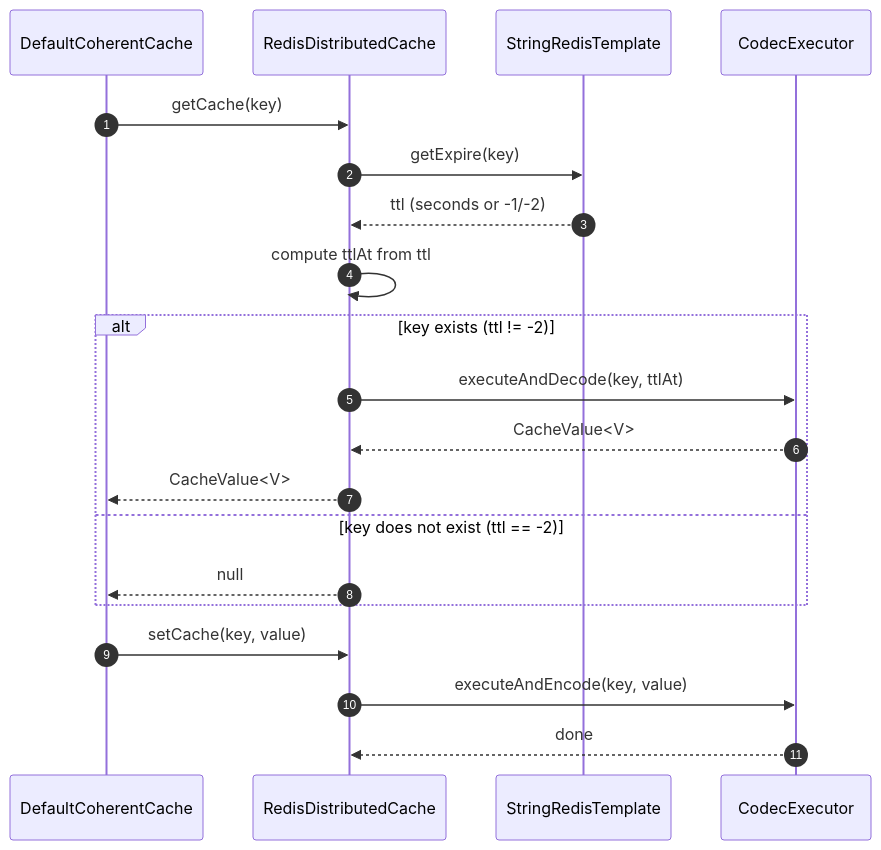
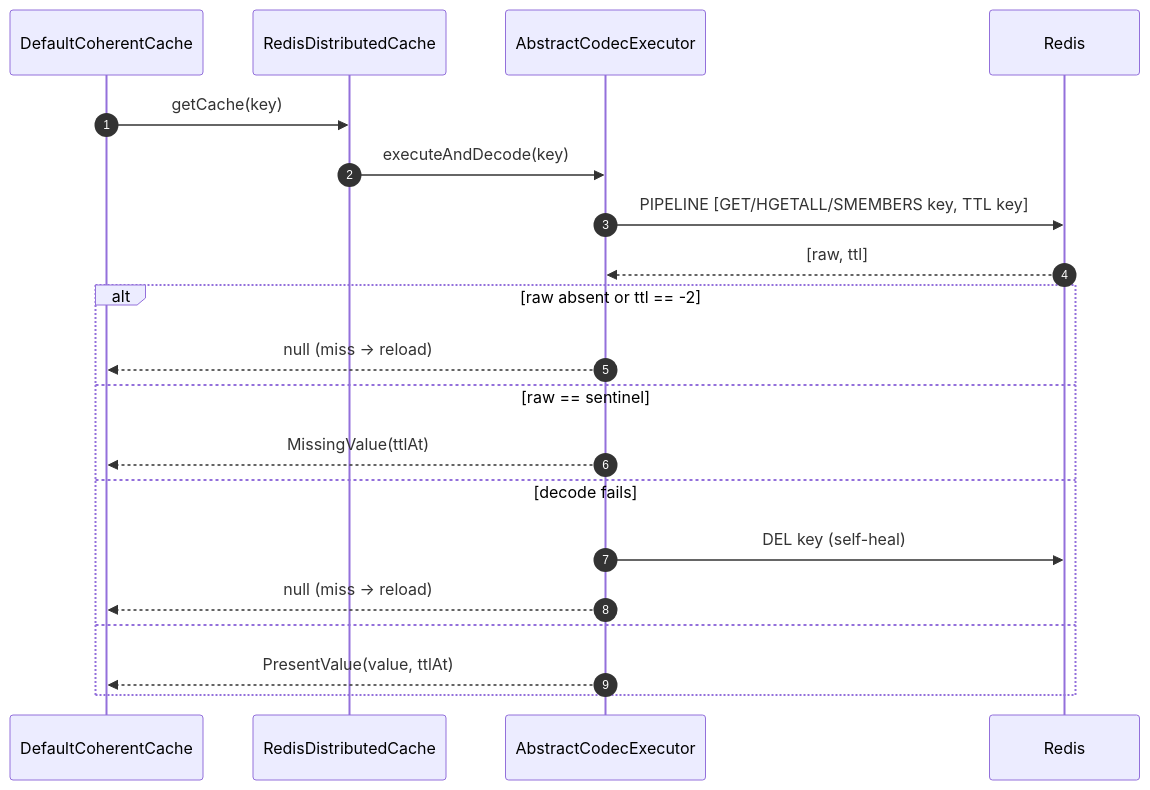
One commit to Ahoo-Wang/CoCache changed the third of 4 diagrams in wiki/architecture/cache-layers.md. Above: the diagram before and after it, drawn with Mermaid. The commit also changed other lines of this file and 74 other files, not shown here.

First line of the commit message:
docs: align docs, wiki and skills with the 5.0 architecture

````diff
--- a/wiki/architecture/cache-layers.md
+++ b/wiki/architecture/cache-layers.md
@@ -145,25 +89,23 @@
 ```mermaid
 sequenceDiagram
 autonumber
     participant CC as DefaultCoherentCache
     participant DC as RedisDistributedCache
-    participant RT as StringRedisTemplate
-    participant CE as CodecExecutor
+    participant CE as AbstractCodecExecutor
+    participant R as Redis
 
     CC->>DC: getCache(key)
-    DC->>RT: getExpire(key)
-    RT-->>DC: ttl (seconds or -1/-2)
-    DC->>DC: compute ttlAt from ttl
-
-    alt key exists (ttl != -2)
-        DC->>CE: executeAndDecode(key, ttlAt)
-        CE-->>DC: CacheValue<V>
-        DC-->>CC: CacheValue<V>
-    else key does not exist (ttl == -2)
-        DC-->>CC: null
+    DC->>CE: executeAndDecode(key)
+    CE->>R: PIPELINE [GET/HGETALL/SMEMBERS key, TTL key]
+    R-->>CE: [raw, ttl]
+    alt raw absent or ttl == -2
+        CE-->>CC: null (miss → reload)
+    else raw == sentinel
+        CE-->>CC: MissingValue(ttlAt)
+    else decode fails
+        CE->>R: DEL key (self-heal)
+        CE-->>CC: null (miss → reload)
+    else
+        CE-->>CC: PresentValue(value, ttlAt)
     end
-
-    CC->>DC: setCache(key, value)
-    DC->>CE: executeAndEncode(key, value)
-    CE-->>DC: done
 ```
````
